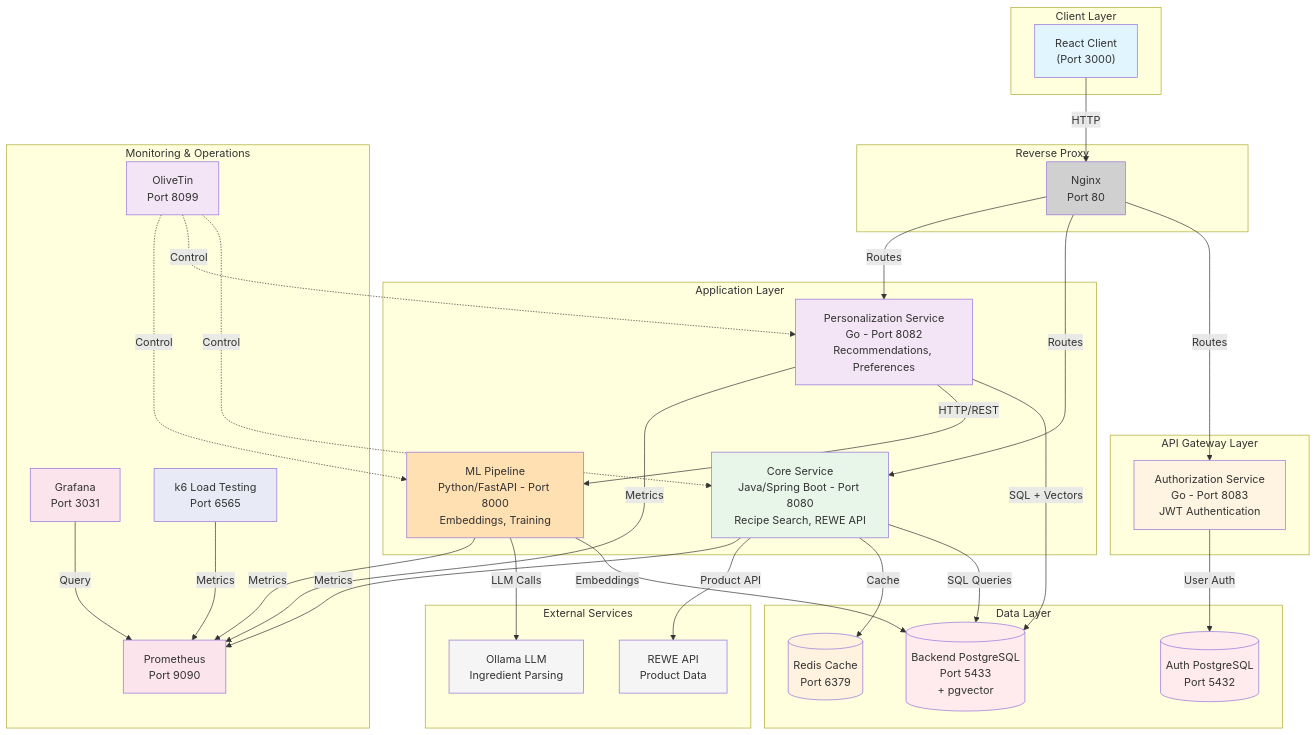
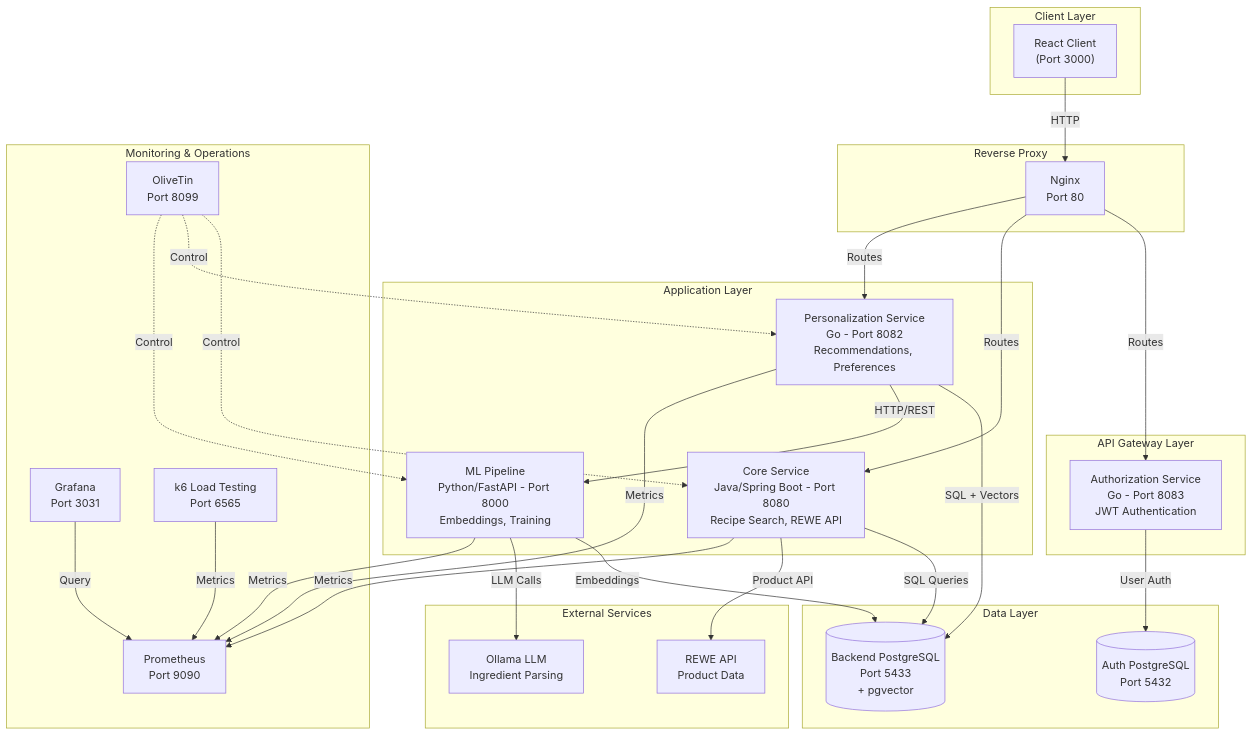
One commit to Decidish/decidish changed the diagram in README.md. Above: the diagram before and after it, drawn with Mermaid. The commit also changed other lines of this file and 4 other files, not shown here.

````diff
--- a/README.md
+++ b/README.md
@@ -124,80 +120,77 @@
 ```mermaid
 graph TB
     subgraph "Client Layer"
         CLIENT["React Client<br/>(Port 3000)"]
     end
 
     subgraph "Reverse Proxy"
         NGINX["Nginx<br/>Port 80"]
     end
 
     subgraph "API Gateway Layer"
         AUTH["Authorization Service<br/>Go - Port 8083<br/>JWT Authentication"]
     end
 
     subgraph "Application Layer"
         CORE["Core Service<br/>Java/Spring Boot - Port 8080<br/>Recipe Search, REWE API"]
         PERS["Personalization Service<br/>Go - Port 8082<br/>Recommendations, Preferences"]
         ML["ML Pipeline<br/>Python/FastAPI - Port 8000<br/>Embeddings, Training"]
     end
 
     subgraph "Data Layer"
         DB_BACKEND[("Backend PostgreSQL<br/>Port 5433<br/>+ pgvector")]
         DB_AUTH[("Auth PostgreSQL<br/>Port 5432")]
-        REDIS[("Redis Cache<br/>Port 6379")]
     end
 
     subgraph "Monitoring & Operations"
         PROM["Prometheus<br/>Port 9090"]
         GRAFANA["Grafana<br/>Port 3031"]
         OLIVE["OliveTin<br/>Port 8099"]
         K6["k6 Load Testing<br/>Port 6565"]
     end
 
     subgraph "External Services"
         REWE["REWE API<br/>Product Data"]
         OLLAMA["Ollama LLM<br/>Ingredient Parsing"]
     end
 
     CLIENT -->|"HTTP"| NGINX
     NGINX -->|"Routes"| AUTH
     NGINX -->|"Routes"| CORE
     NGINX -->|"Routes"| PERS
     
     AUTH -->|"User Auth"| DB_AUTH
     
     CORE -->|"SQL Queries"| DB_BACKEND
-    CORE -->|"Cache"| REDIS
     CORE -->|"Product API"| REWE
     CORE -->|"Metrics"| PROM
     
     PERS -->|"SQL + Vectors"| DB_BACKEND
     PERS -->|"HTTP/REST"| ML
     PERS -->|"Metrics"| PROM
     
     ML -->|"Embeddings"| DB_BACKEND
     ML -->|"LLM Calls"| OLLAMA
     ML -->|"Metrics"| PROM
     
     GRAFANA -->|"Query"| PROM
     K6 -->|"Metrics"| PROM
     OLIVE -.->|"Control"| CORE
     OLIVE -.->|"Control"| PERS
     OLIVE -.->|"Control"| ML
 
-    style CLIENT fill:#e1f5ff
-    style NGINX fill:#d0d0d0
-    style AUTH fill:#fff4e1
-    style CORE fill:#e8f5e9
-    style PERS fill:#f3e5f5
-    style ML fill:#ffe0b2
-    style DB_BACKEND fill:#ffebee
-    style DB_AUTH fill:#ffebee
-    style REDIS fill:#fff3e0
-    style PROM fill:#fce4ec
-    style GRAFANA fill:#fce4ec
-    style OLIVE fill:#f3e5f5
-    style K6 fill:#e8eaf6
-    style REWE fill:#f5f5f5
-    style OLLAMA fill:#f5f5f5
+    style CLIENT fill:#e1f5f
+    style NGINX fill:#d0d0d
+    style AUTH fill:#fff4e
+    style CORE fill:#e8f5e
+    style PERS fill:#f3e5f
+    style ML fill:#ffe0b
+    style DB_BACKEND fill:#ffebe
+    style DB_AUTH fill:#ffebe
+    style PROM fill:#fce4e
+    style GRAFANA fill:#fce4e
+    style OLIVE fill:#f3e5f
+    style K6 fill:#e8eaf
+    style REWE fill:#f5f5f
+    style OLLAMA fill:#f5f5f
 ```
````
